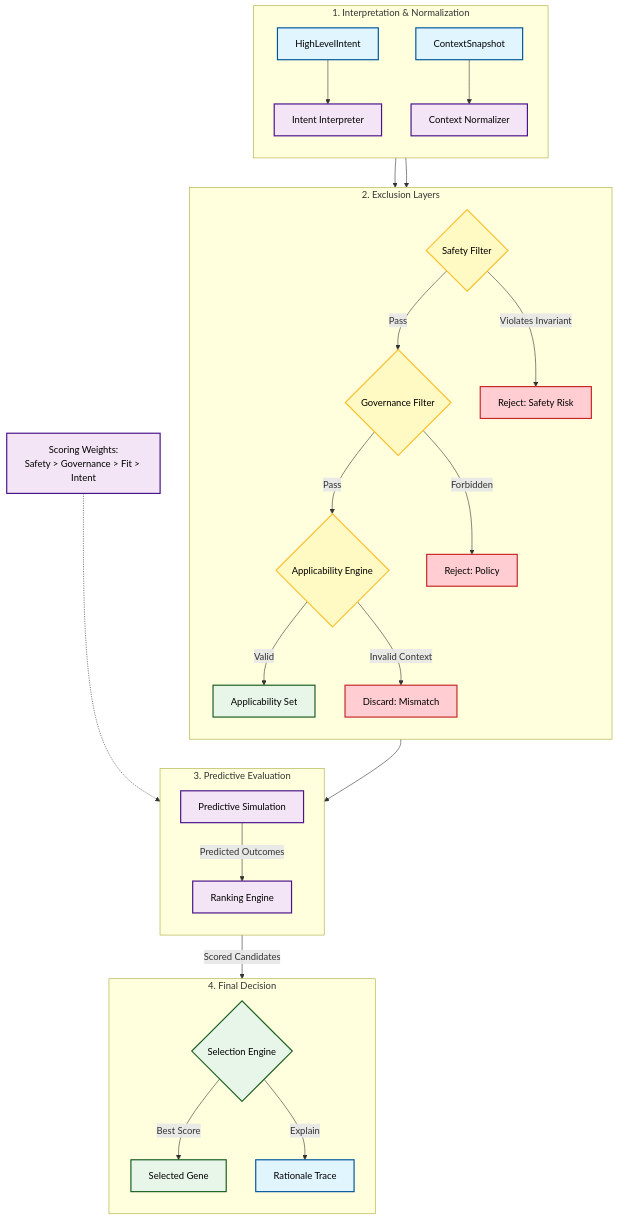
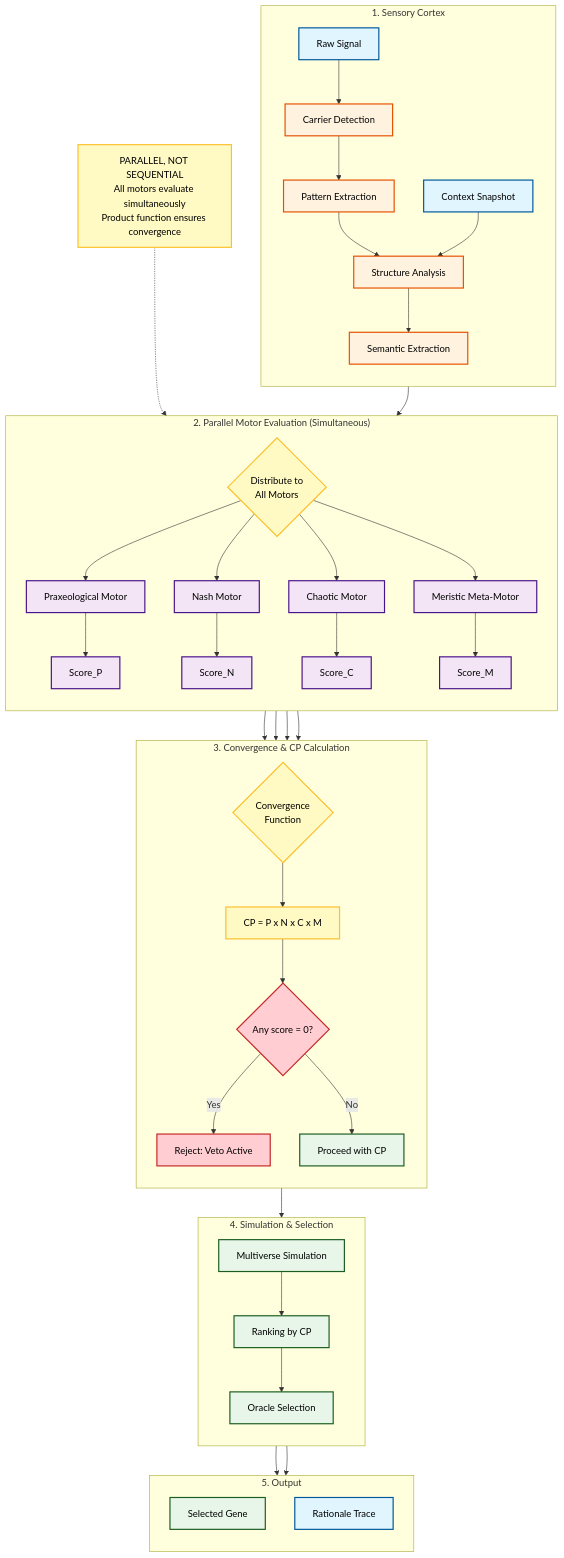
The diagram in diagrams/cognitive-core/inference/cognitive-inference-pipeline.mmd (operationalgenomics/digital-genome-specs), drawn with Mermaid before and after one commit.

```diff
--- a/diagrams/cognitive-core/inference/cognitive-inference-pipeline.mmd
+++ b/diagrams/cognitive-core/inference/cognitive-inference-pipeline.mmd
@@ -1,74 +1,100 @@
 %% ==============================================================================
 %% Inference Pipeline Diagram
 %% ==============================================================================
 %% Source File:     specs/cognitive-core/inference-engine.md
 %% Repository Path: diagrams/cognitive-core/inference/cognitive-inference-pipeline.png
-%% Description:     Visualizes the sequential inference pipeline: Intent/Context
-%%                  Prep -> Safety Filter -> Governance Filter -> Applicability
-%%                  Check -> Predictive Simulation -> Ranking -> Selection.
+%% Description:     Visualizes the inference pipeline with PARALLEL motor
+%%                  evaluation: Sensory Cortex -> Parallel Motors -> Convergence
+%%                  -> Simulation -> Oracle Selection.
 %% ==============================================================================
 
 graph TD
     %% Global Styles
     classDef input fill:#e1f5fe,stroke:#01579b,stroke-width:2px,color:#000;
-    classDef proc fill:#f3e5f5,stroke:#4a148c,stroke-width:2px,color:#000;
-    classDef check fill:#fff9c4,stroke:#fbc02d,stroke-width:2px,color:#000;
+    classDef sensory fill:#fff3e0,stroke:#e65100,stroke-width:2px,color:#000;
+    classDef motor fill:#f3e5f5,stroke:#4a148c,stroke-width:2px,color:#000;
+    classDef conv fill:#fff9c4,stroke:#fbc02d,stroke-width:2px,color:#000;
     classDef action fill:#e8f5e9,stroke:#1b5e20,stroke-width:2px,color:#000;
     classDef reject fill:#ffcdd2,stroke:#c62828,stroke-width:2px,color:#000;
 
-    %% 1. Preparation Phase
-    subgraph "1. Interpretation & Normalization"
+    %% 1. Input Processing
+    subgraph "1. Sensory Cortex"
         direction TB
-        RawIntent[HighLevelIntent]:::input
-        RawContext[ContextSnapshot]:::input
+        RawSignal[Raw Signal]:::input
+        Context[Context Snapshot]:::input
         
-        IntProc[Intent Interpreter]:::proc
-        CtxNorm[Context Normalizer]:::proc
+        Carrier[Carrier Detection]:::sensory
+        Pattern[Pattern Extraction]:::sensory
+        Structure[Structure Analysis]:::sensory
+        Semantics[Semantic Extraction]:::sensory
         
-        RawIntent --> IntProc
-        RawContext --> CtxNorm
+        RawSignal --> Carrier --> Pattern --> Structure --> Semantics
+        Context --> Structure
     end
 
-    %% 2. Filtering Phase (The Funnel)
-    subgraph "2. Exclusion Layers"
+    %% 2. Parallel Motor Evaluation
+    subgraph "2. Parallel Motor Evaluation (Simultaneous)"
         direction TB
-        Safe{Safety Filter}:::check
-        Gov{Governance Filter}:::check
-        App{Applicability Engine}:::check
         
-        IntProc & CtxNorm --> Safe
+        Dist{Distribute to<br/>All Motors}:::conv
+        Semantics --> Dist
         
-        Safe -->|Pass| Gov
-        Safe -->|Violates Invariant| RejSafe[Reject: Safety Risk]:::reject
+        Prax[Praxeological Motor]:::motor
+        Nash[Nash Motor]:::motor
+        Chaos[Chaotic Motor]:::motor
+        Meta[Meristic Meta-Motor]:::motor
         
-        Gov -->|Pass| App
-        Gov -->|Forbidden| RejGov[Reject: Policy]:::reject
+        Dist --> Prax & Nash & Chaos & Meta
         
-        App -->|Valid| Set[Applicability Set]:::action
-        App -->|Invalid Context| RejApp[Discard: Mismatch]:::reject
+        %% Scores
+        SP["Score_P"]:::motor
+        SN["Score_N"]:::motor
+        SC["Score_C"]:::motor
+        SM["Score_M"]:::motor
+        
+        Prax --> SP
+        Nash --> SN
+        Chaos --> SC
+        Meta --> SM
     end
 
-    %% 3. Evaluation Phase
-    subgraph "3. Predictive Evaluation"
+    %% 3. Convergence
+    subgraph "3. Convergence & CP Calculation"
         direction TB
-        Sim[Predictive Simulation]:::proc
-        Rank[Ranking Engine]:::proc
         
-        Set --> Sim
-        Sim -->|Predicted Outcomes| Rank
+        Conv{Convergence<br/>Function}:::conv
+        SP & SN & SC & SM --> Conv
+        
+        CP["CP = P x N x C x M"]:::conv
+        Conv --> CP
+        
+        %% Veto Check
+        Veto{Any score = 0?}:::reject
+        CP --> Veto
+        
+        Veto -->|Yes| Reject[Reject: Veto Active]:::reject
+        Veto -->|No| Proceed[Proceed with CP]:::action
     end
 
-    %% 4. Selection Phase
-    subgraph "4. Final Decision"
+    %% 4. Simulation & Selection
+    subgraph "4. Simulation & Selection"
         direction TB
-        Select{Selection Engine}:::action
-        Result[Selected Gene]:::action
+        Sim[Multiverse Simulation]:::action
+        Rank[Ranking by CP]:::action
+        Select[Oracle Selection]:::action
+        
+        Proceed --> Sim --> Rank --> Select
+    end
+
+    %% 5. Output
+    subgraph "5. Output"
+        direction TB
+        Gene[Selected Gene]:::action
         Trace[Rationale Trace]:::input
         
-        Rank -->|Scored Candidates| Select
-        Select -->|Best Score| Result
-        Select -->|Explain| Trace
+        Select --> Gene
+        Select --> Trace
     end
 
-    %% Scoring Logic Annotation
-    note1["Scoring Weights:\nSafety > Governance > Fit > Intent"]:::proc -.-> Rank
+    %% Annotations
+    note1["PARALLEL, NOT SEQUENTIAL<br/>All motors evaluate simultaneously<br/>Product function ensures convergence"]:::conv -.-> Dist
```
